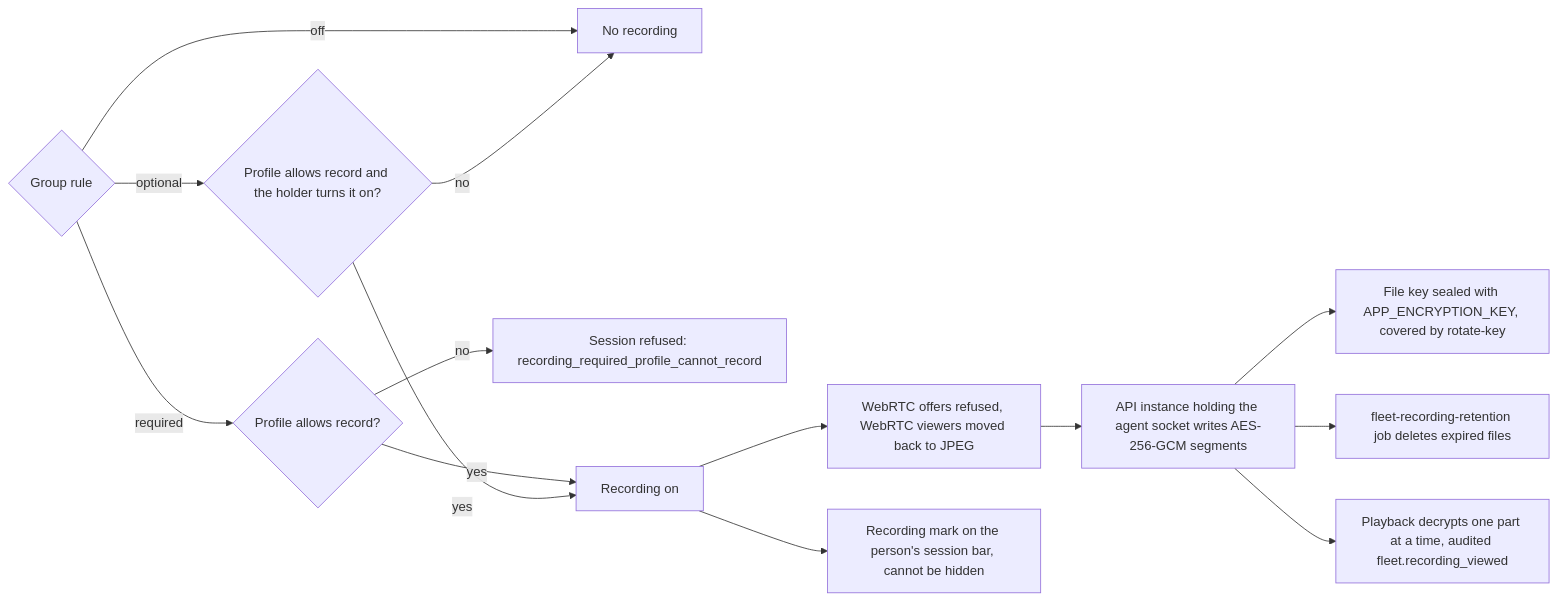
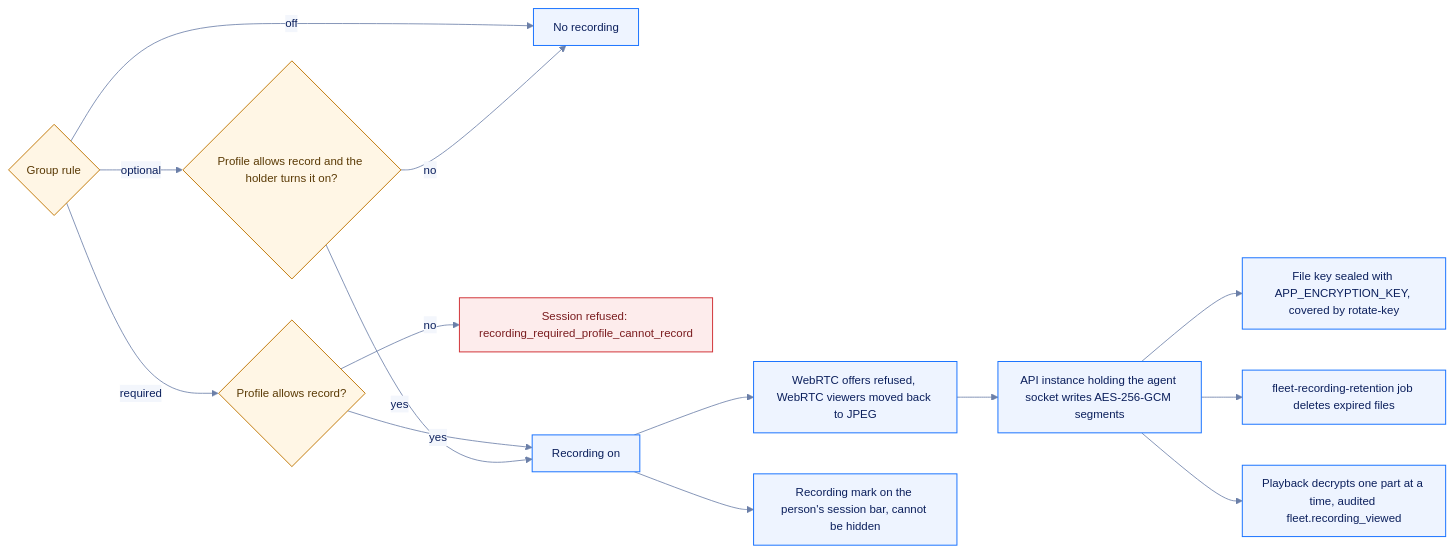
Before and after one commit to MKhattab7050/nigafiy-platform: the sixth of 11 diagrams in docs/architecture/flowcharts.md, drawn with Mermaid. The commit also changed other lines of this file, not shown here.

First line of the commit message:
Flowcharts: brand-themed Mermaid and the illustrated figures on top of the key sections

````diff
--- a/docs/architecture/flowcharts.md
+++ b/docs/architecture/flowcharts.md
@@ -233,16 +288,25 @@
 ```mermaid
+%%{init: {"theme": "base", "themeVariables": {"fontFamily": "-apple-system, BlinkMacSystemFont, Segoe UI, Noto Sans, Helvetica, Arial, sans-serif", "fontSize": "14px", "primaryColor": "#EEF4FF", "primaryTextColor": "#0B1F5C", "primaryBorderColor": "#1A73FF", "secondaryColor": "#F3F6FC", "tertiaryColor": "#FFFFFF", "lineColor": "#6B7FA8", "textColor": "#6B7FA8", "titleColor": "#6B7FA8", "clusterBkg": "#F7F9FE", "clusterBorder": "#9DB4E8", "edgeLabelBackground": "#F3F6FC", "actorBkg": "#EEF4FF", "actorBorder": "#1A73FF", "actorTextColor": "#0B1F5C", "actorLineColor": "#9DB4E8", "signalColor": "#6B7FA8", "signalTextColor": "#6B7FA8", "labelBoxBkgColor": "#EEF4FF", "labelBoxBorderColor": "#1A73FF", "labelTextColor": "#0B1F5C", "loopTextColor": "#6B7FA8", "noteBkgColor": "#FFF6E5", "noteBorderColor": "#C27C0E", "noteTextColor": "#5A3A05", "activationBkgColor": "#DCE8FF", "activationBorderColor": "#1A73FF", "sequenceNumberColor": "#FFFFFF"}, "flowchart": {"curve": "basis", "padding": 12}}}%%
 flowchart LR
   RULE{"Group rule"} -->|off| NOREC["No recording"]
   RULE -->|optional| CHOICE{"Profile allows record and the holder turns it on?"}
   RULE -->|required| REQP{"Profile allows record?"}
   REQP -->|no| REFUSE["Session refused: recording_required_profile_cannot_record"]
   REQP -->|yes| REC
   CHOICE -->|yes| REC["Recording on"]
   CHOICE -->|no| NOREC
   REC --> RTC["WebRTC offers refused, WebRTC viewers moved back to JPEG"]
   RTC --> FILE["API instance holding the agent socket writes AES-256-GCM segments"]
   FILE --> KEY["File key sealed with APP_ENCRYPTION_KEY, covered by rotate-key"]
   FILE --> RET["fleet-recording-retention job deletes expired files"]
   FILE --> PLAY["Playback decrypts one part at a time, audited fleet.recording_viewed"]
   REC --> MARK["Recording mark on the person's session bar, cannot be hidden"]
+  classDef default fill:#EEF4FF,stroke:#1A73FF,stroke-width:1.2px,color:#0B1F5C
+  classDef decision fill:#FFF6E5,stroke:#C27C0E,stroke-width:1.2px,color:#5A3A05
+  classDef data fill:#E3F5F9,stroke:#0099BC,stroke-width:1.2px,color:#053F4D
+  classDef external fill:#F3F6FC,stroke:#6B7FA8,stroke-width:1.2px,stroke-dasharray:4 3,color:#0B1F5C
+  classDef refused fill:#FDECEC,stroke:#D13438,stroke-width:1.2px,color:#7A1C1F
+  classDef good fill:#E8F5EA,stroke:#2E8540,stroke-width:1.2px,color:#17461F
+  class RULE,CHOICE,REQP decision
+  class REFUSE refused
 ```
````
